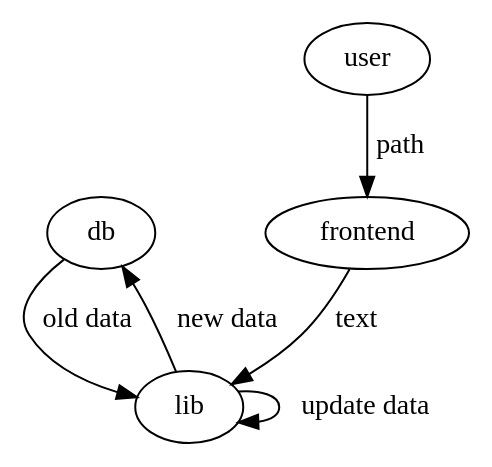
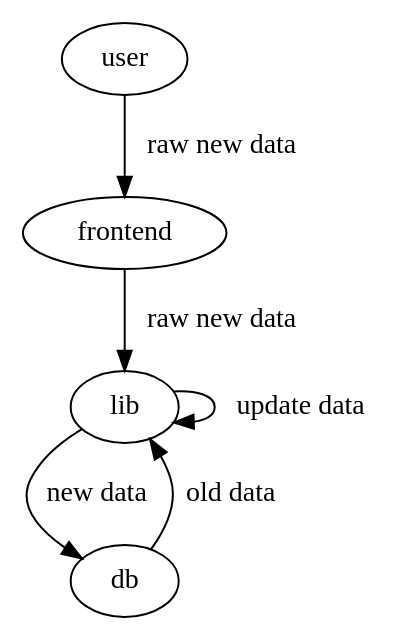
The diagram in docs/graphs/usecase_import_csv.dot (Sh4pe/pynance), drawn with Graphviz before and after one commit. The commit also changed 5 other files, not shown here.

Commit message:
updated diagrams to results of recent discussions. closes #4

```diff
--- a/docs/graphs/usecase_import_csv.dot
+++ b/docs/graphs/usecase_import_csv.dot
@@ -1,8 +1,8 @@
 digraph {
+user -> frontend [label = "raw new data"]
+frontend -> lib [label = "raw new data"]
 db -> lib [label="old data"]
 lib -> lib [label="update data"]
-user -> frontend [label = path]
-frontend -> lib [label = text]
 lib -> db [label = "new data"]
 
 }
```
